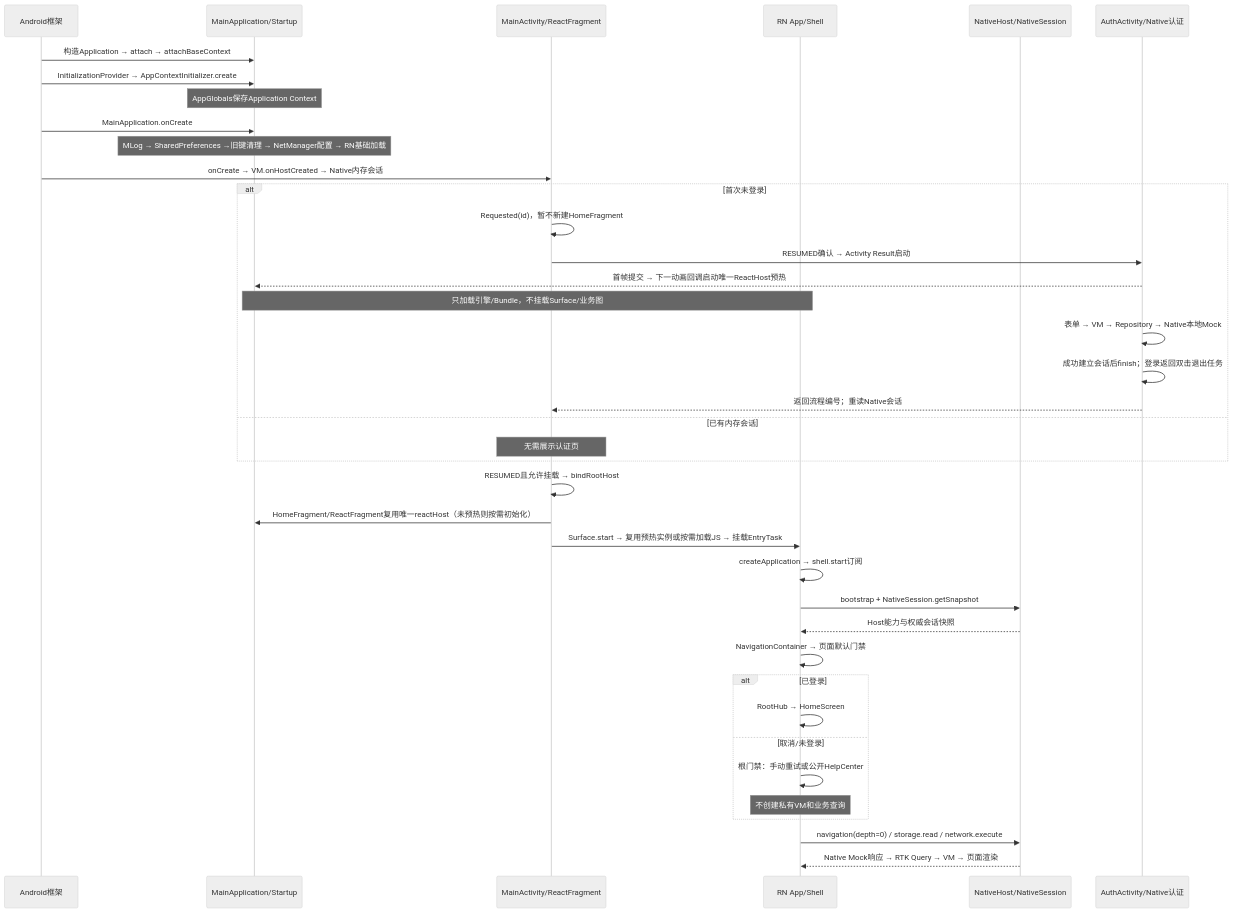
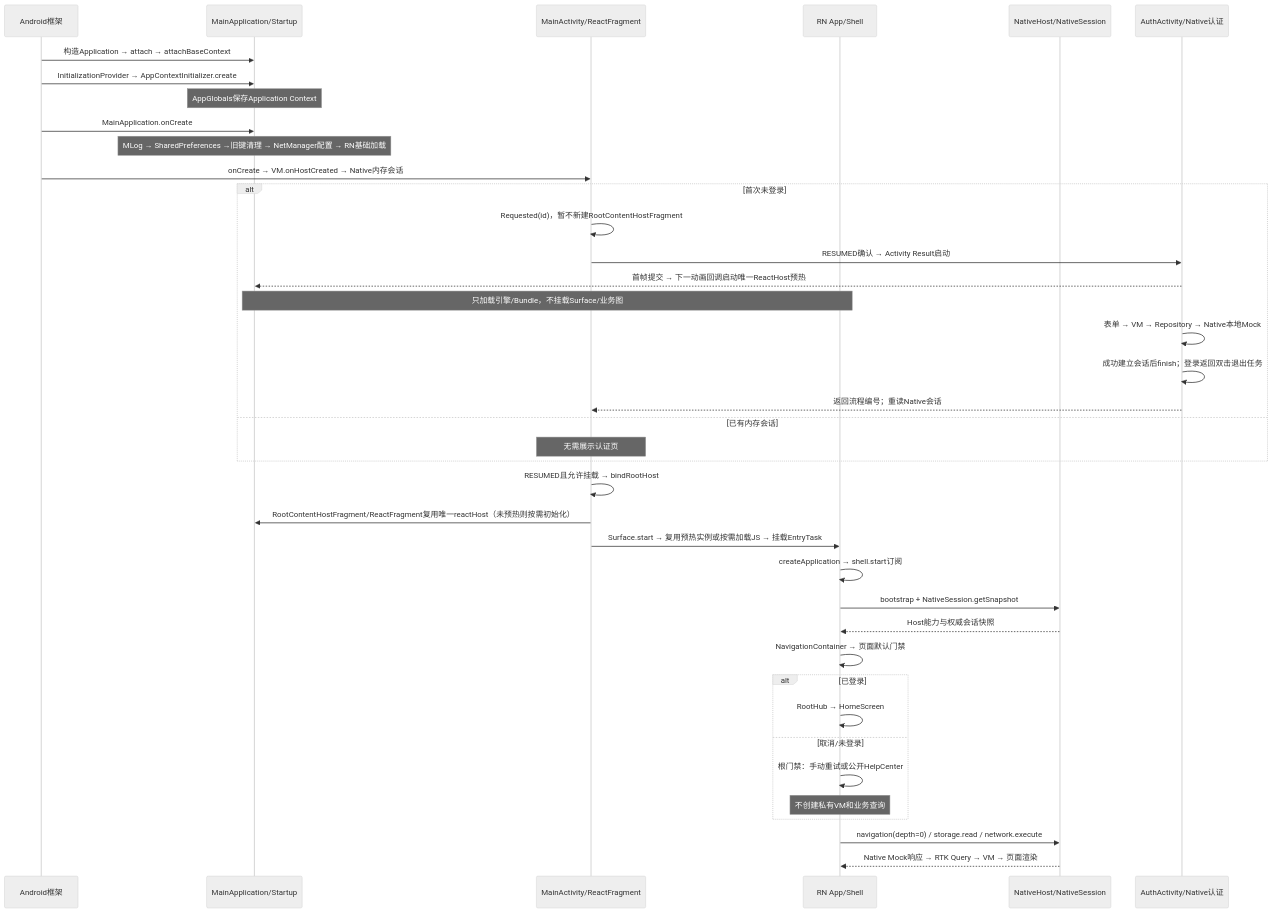
The diagram in docs/development/启动与登录全链路源码详解.md (rickdynasty/EntryTask), drawn with Mermaid (neutral theme) before and after one commit. The commit also changed other lines of this file and 32 other files, not shown here.

````diff
--- a/docs/development/启动与登录全链路源码详解.md
+++ b/docs/development/启动与登录全链路源码详解.md
@@ -26,41 +26,41 @@
 ```mermaid
 sequenceDiagram
     participant OS as Android框架
     participant APP as MainApplication/Startup
     participant MAIN as MainActivity/ReactFragment
     participant RN as RN App/Shell
     participant BR as NativeHost/NativeSession
     participant AUTH as AuthActivity/Native认证
     OS->>APP: 构造Application → attach → attachBaseContext
     OS->>APP: InitializationProvider → AppContextInitializer.create
     Note over APP: AppGlobals保存Application Context
     OS->>APP: MainApplication.onCreate
     Note over APP: MLog → SharedPreferences →旧键清理 → NetManager配置 → RN基础加载
     OS->>MAIN: onCreate → VM.onHostCreated → Native内存会话
     alt 首次未登录
-        MAIN->>MAIN: Requested(id)，暂不新建HomeFragment
+        MAIN->>MAIN: Requested(id)，暂不新建RootContentHostFragment
         MAIN->>AUTH: RESUMED确认 → Activity Result启动
         AUTH-->>APP: 首帧提交 → 下一动画回调启动唯一ReactHost预热
         Note over APP,RN: 只加载引擎/Bundle，不挂载Surface/业务图
         AUTH->>AUTH: 表单 → VM → Repository → Native本地Mock
         AUTH->>AUTH: 成功建立会话后finish；登录返回双击退出任务
         AUTH-->>MAIN: 返回流程编号；重读Native会话
     else 已有内存会话
         Note over MAIN: 无需展示认证页
     end
     MAIN->>MAIN: RESUMED且允许挂载 → bindRootHost
-    MAIN->>APP: HomeFragment/ReactFragment复用唯一reactHost（未预热则按需初始化）
+    MAIN->>APP: RootContentHostFragment/ReactFragment复用唯一reactHost（未预热则按需初始化）
     MAIN->>RN: Surface.start → 复用预热实例或按需加载JS → 挂载EntryTask
     RN->>RN: createApplication → shell.start订阅
     RN->>BR: bootstrap + NativeSession.getSnapshot
     BR-->>RN: Host能力与权威会话快照
     RN->>RN: NavigationContainer → 页面默认门禁
     alt 已登录
         RN->>RN: RootHub → HomeScreen
     else 取消/未登录
         RN->>RN: 根门禁：手动重试或公开HelpCenter
         Note over RN: 不创建私有VM和业务查询
     end
     RN->>BR: navigation(depth=0) / storage.read / network.execute
     BR-->>RN: Native Mock响应 → RTK Query → VM → 页面渲染
 ```
````
